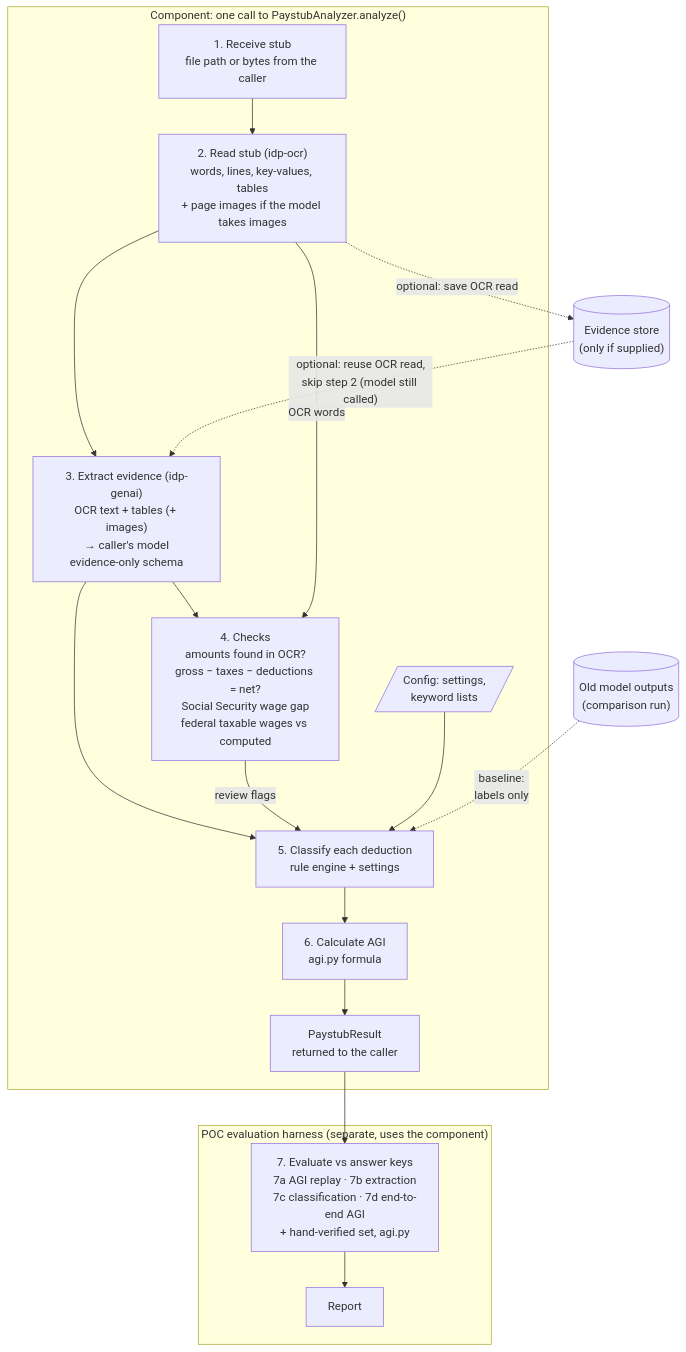
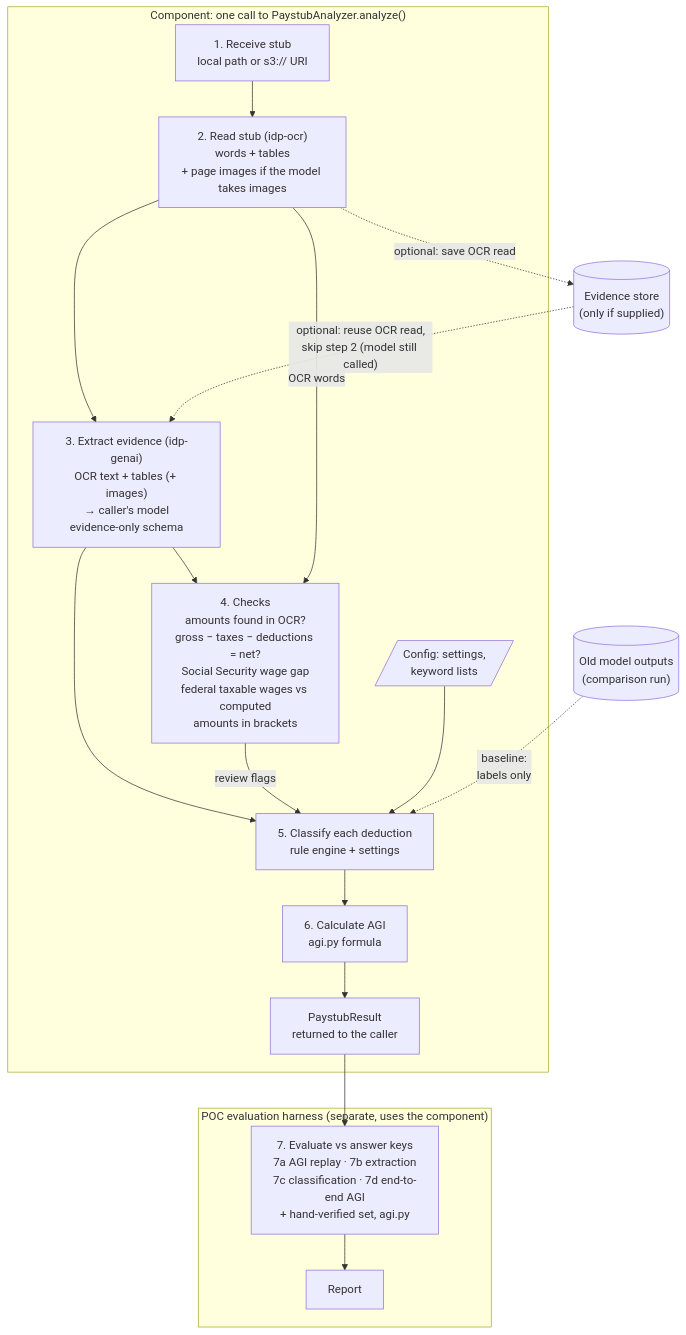
One commit to 486578/idp-paystub-poc changed the second of 3 diagrams in docs/architecture.md. Above: the diagram before and after it, drawn with Mermaid. The commit also changed other lines of this file and 1 other file, not shown here.

Commit message:
Docs: architecture brought in line with the built component and harness; close Q11/Q12

````diff
--- a/docs/architecture.md
+++ b/docs/architecture.md
@@ -124,23 +124,23 @@
 ```mermaid
 flowchart TD
     subgraph COMP["Component: one call to PaystubAnalyzer.analyze()"]
-        A["1. Receive stub<br/>file path or bytes from the caller"] --> B["2. Read stub (idp-ocr)<br/>words, lines, key-values, tables<br/>+ page images if the model takes images"]
+        A["1. Receive stub<br/>local path or s3:// URI"] --> B["2. Read stub (idp-ocr)<br/>words + tables<br/>+ page images if the model takes images"]
         B --> C["3. Extract evidence (idp-genai)<br/>OCR text + tables (+ images)<br/>→ caller's model<br/>evidence-only schema"]
-        C --> E["4. Checks<br/>amounts found in OCR?<br/>gross − taxes − deductions = net?<br/>Social Security wage gap<br/>federal taxable wages vs computed"]
+        C --> E["4. Checks<br/>amounts found in OCR?<br/>gross − taxes − deductions = net?<br/>Social Security wage gap<br/>federal taxable wages vs computed<br/>amounts in brackets"]
         B -- OCR words --> E
         C --> F["5. Classify each deduction<br/>rule engine + settings"]
         E -- review flags --> F
         S[/"Config: settings,<br/>keyword lists"/] --> F
         F --> G["6. Calculate AGI<br/>agi.py formula"]
         G --> RES["PaystubResult<br/>returned to the caller"]
     end
 
     B -. "optional: save OCR read" .-> ST[("Evidence store<br/>(only if supplied)")]
     ST -. "optional: reuse OCR read,<br/>skip step 2 (model still called)" .-> C
 
     subgraph EVAL["POC evaluation harness (separate, uses the component)"]
         H["7. Evaluate vs answer keys<br/>7a AGI replay · 7b extraction<br/>7c classification · 7d end-to-end AGI<br/>+ hand-verified set, agi.py"] --> R["Report"]
     end
     RES --> H
     OLD[("Old model outputs<br/>(comparison run)")] -. "baseline:<br/>labels only" .-> F
 ```
````
